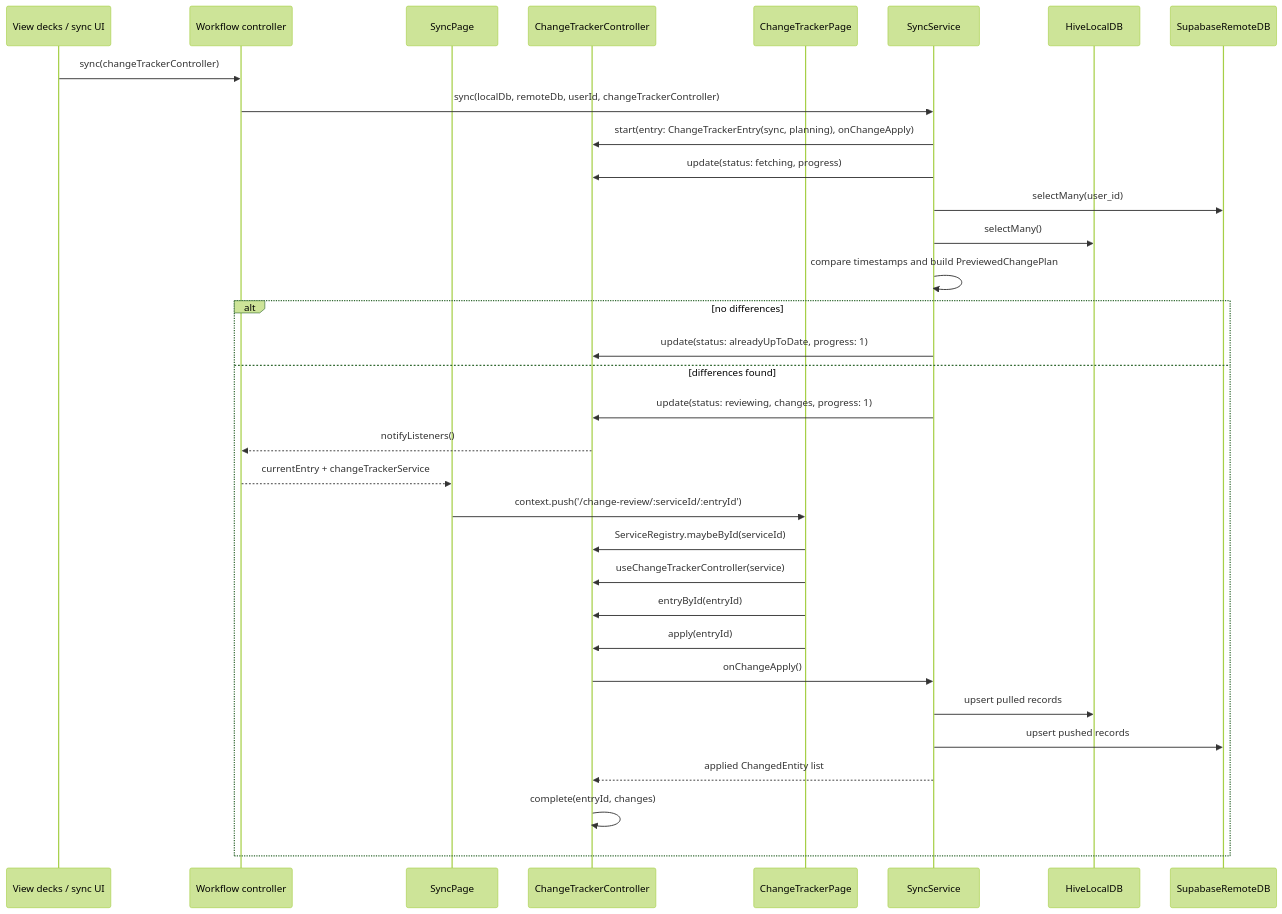
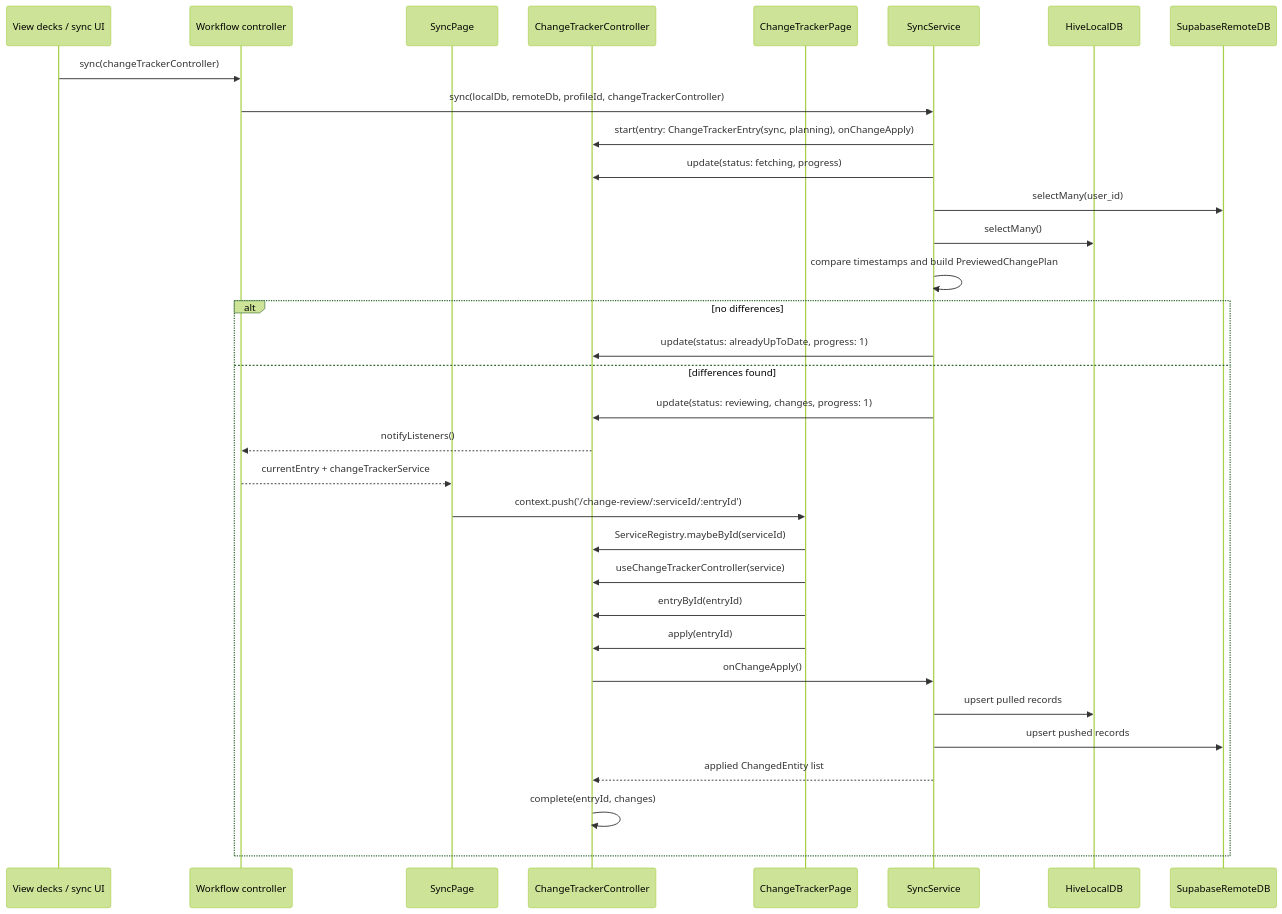
One commit to GuyWithBag/boo_mondai changed the third of 5 diagrams in lib/features/change_tracker/documentation/change_tracker.md. Above: the diagram before and after it, drawn with Mermaid (forest theme). The commit also changed 166 other files, not shown here.

````diff
--- a/lib/features/change_tracker/documentation/change_tracker.md
+++ b/lib/features/change_tracker/documentation/change_tracker.md
@@ -129,37 +129,37 @@
 ```mermaid
 sequenceDiagram
     participant UI as View decks / sync UI
     participant SyncController as Workflow controller
     participant SyncPage as SyncPage
     participant Controller as ChangeTrackerController
     participant ReviewPage as ChangeTrackerPage
     participant Service as SyncService
     participant Local as HiveLocalDB
     participant Remote as SupabaseRemoteDB
 
     UI->>SyncController: sync(changeTrackerController)
-    SyncController->>Service: sync(localDb, remoteDb, userId, changeTrackerController)
+    SyncController->>Service: sync(localDb, remoteDb, profileId, changeTrackerController)
     Service->>Controller: start(entry: ChangeTrackerEntry(sync, planning), onChangeApply)
     Service->>Controller: update(status: fetching, progress)
     Service->>Remote: selectMany(user_id)
     Service->>Local: selectMany()
     Service->>Service: compare timestamps and build PreviewedChangePlan
 
     alt no differences
         Service->>Controller: update(status: alreadyUpToDate, progress: 1)
     else differences found
         Service->>Controller: update(status: reviewing, changes, progress: 1)
         Controller-->>SyncController: notifyListeners()
         SyncController-->>SyncPage: currentEntry + changeTrackerService
         SyncPage->>ReviewPage: context.push('/change-review/:serviceId/:entryId')
         ReviewPage->>Controller: ServiceRegistry.maybeById(serviceId)
         ReviewPage->>Controller: useChangeTrackerController(service)
         ReviewPage->>Controller: entryById(entryId)
         ReviewPage->>Controller: apply(entryId)
         Controller->>Service: onChangeApply()
         Service->>Local: upsert pulled records
         Service->>Remote: upsert pushed records
         Service-->>Controller: applied ChangedEntity list
         Controller->>Controller: complete(entryId, changes)
     end
 ```
````
